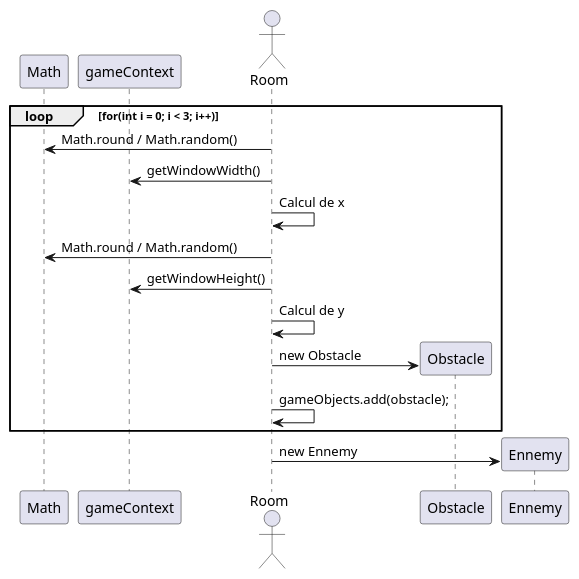
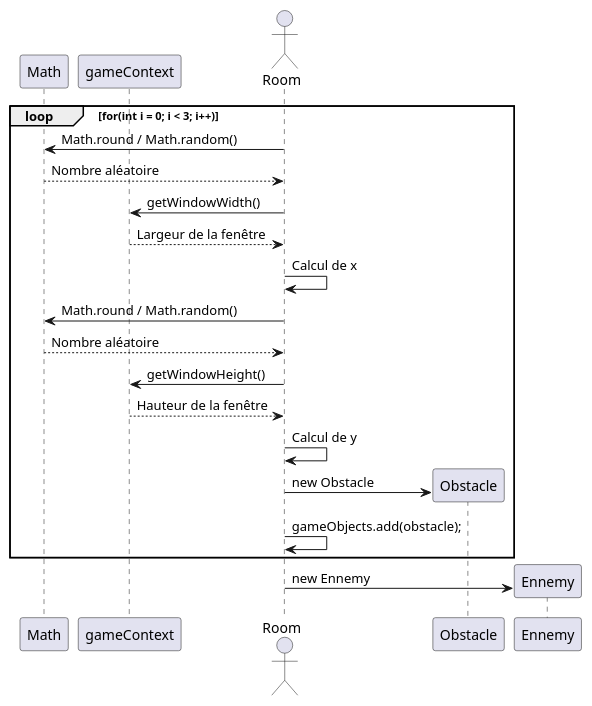
Before and after one commit to Lazouliss/tp-acvl: the diagram in uml/Sequence_RoomGeneration_concept.wsd, drawn with PlantUML.

Commit message:
fix: :bug: retour sur roomgen

```diff
--- a/uml/Sequence_RoomGeneration_concept.wsd
+++ b/uml/Sequence_RoomGeneration_concept.wsd
@@ -1,29 +1,33 @@
 @startuml Roomgeneration
 
 participant "Math" as Math
 participant "gameContext" as gameContext
 
 
 actor Room
 loop for(int i = 0; i < 3; i++)
     Room -> Math : Math.round / Math.random()
+    Math --> Room : Nombre aléatoire
     Room -> gameContext : getWindowWidth()
+    gameContext --> Room : Largeur de la fenêtre
     Room -> Room : Calcul de x
 
     Room -> Math : Math.round / Math.random()
+    Math --> Room : Nombre aléatoire
     Room -> gameContext : getWindowHeight()
+    gameContext --> Room : Hauteur de la fenêtre
     Room -> Room : Calcul de y
 
     Room -> Obstacle ** : new Obstacle
 
     Room -> Room :gameObjects.add(obstacle);
 end
 
 Room -> Ennemy ** : new Ennemy
 
 participant "Obstacle" as Obstacle
 participant "Ennemy" as Ennemy
 
 
 
 @enduml
```
